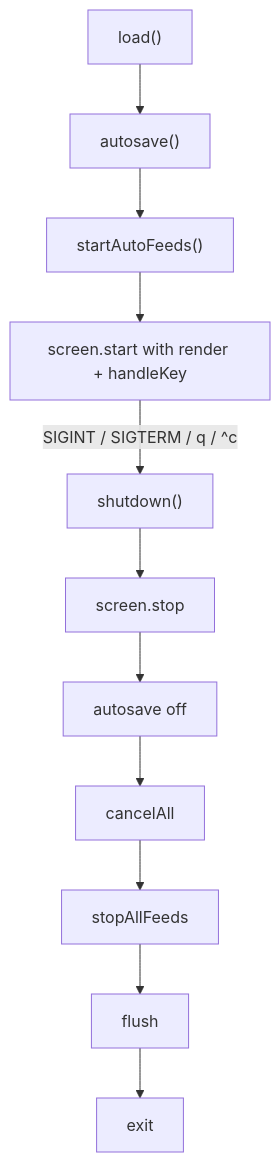
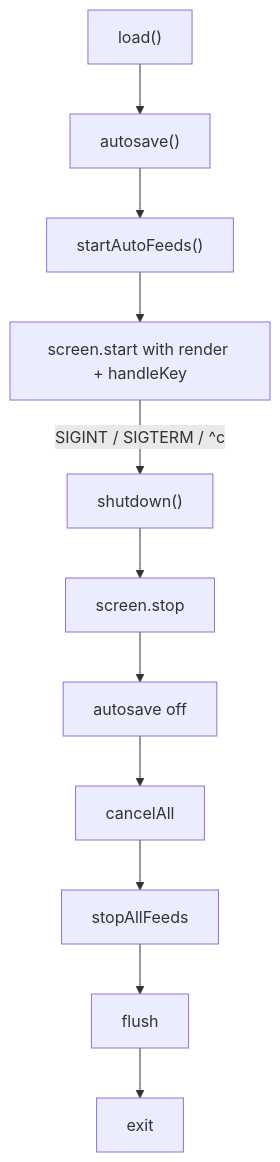
One commit to itstc/workwork changed the second of 2 diagrams in src/README.md. Above: the diagram before and after it, drawn with Mermaid. The commit also changed 12 other files, not shown here.

````diff
--- a/src/README.md
+++ b/src/README.md
@@ -55,6 +55,6 @@
 ```mermaid
 flowchart TD
     load["load()"] --> autosave["autosave()"] --> feeds["startAutoFeeds()"] --> screen["screen.start with render + handleKey"]
-    screen -- "SIGINT / SIGTERM / q / ^c" --> shutdown["shutdown()"]
+    screen -- "SIGINT / SIGTERM / ^c" --> shutdown["shutdown()"]
     shutdown --> a["screen.stop"] --> b["autosave off"] --> c["cancelAll"] --> d["stopAllFeeds"] --> e["flush"] --> f["exit"]
 ```
````
